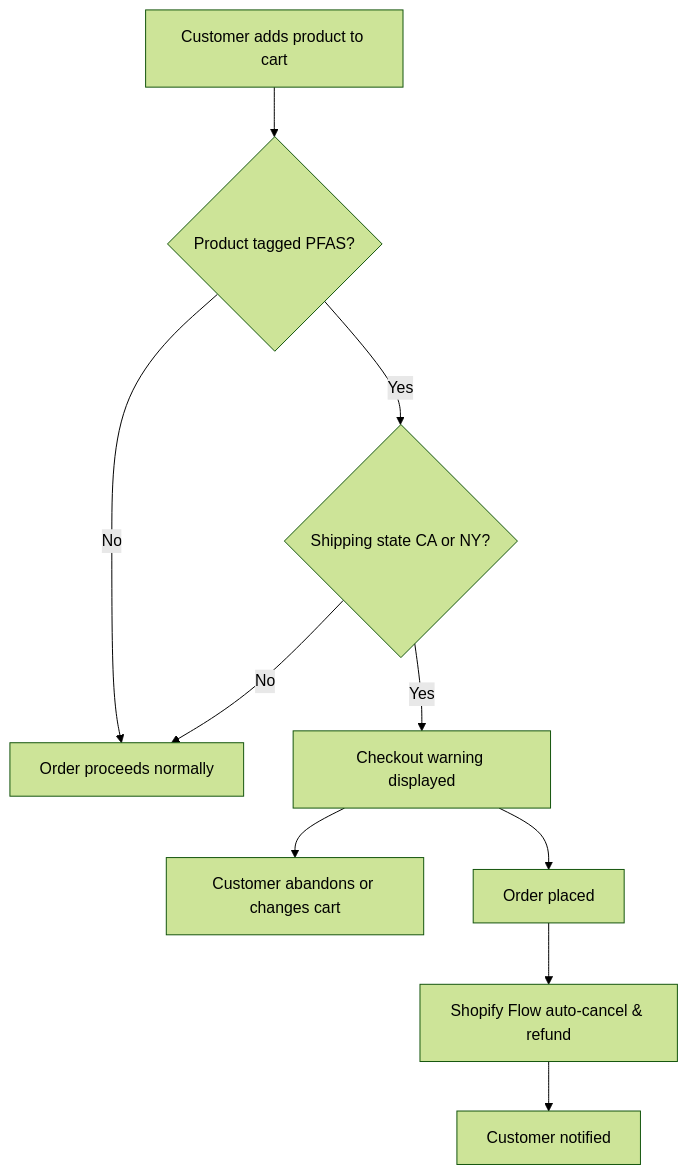
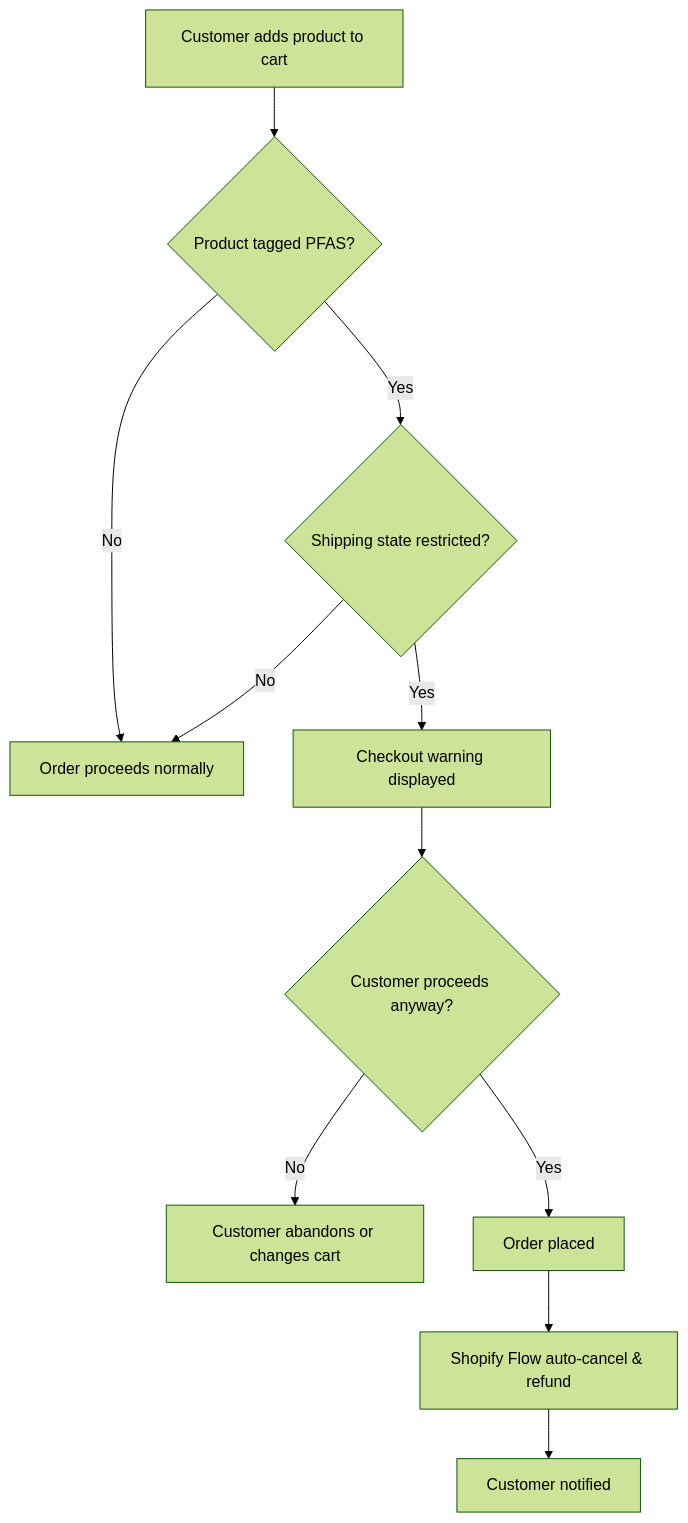
Before and after one commit to chasebarrett/pfas-checkout-guardrails: the diagram in README.md, drawn with Mermaid (forest theme). The commit also changed other lines of this file, not shown here.

````diff
--- a/README.md
+++ b/README.md
@@ -143,22 +154,24 @@
 ```mermaid
 flowchart TD
   A[Customer adds product to cart]
   B{Product tagged PFAS?}
-  C{Shipping state CA or NY?}
+  C{Shipping state restricted?}
   D[Checkout warning displayed]
+  X{Customer proceeds anyway?}
   E[Customer abandons or changes cart]
   F[Order placed]
   G[Shopify Flow auto-cancel & refund]
   H[Customer notified]
   I[Order proceeds normally]
 
   A --> B
   B -- No --> I
   B -- Yes --> C
   C -- No --> I
   C -- Yes --> D
-  D --> E
-  D --> F
+  D --> X
+  X -- No --> E
+  X -- Yes --> F
   F --> G
   G --> H
 ```
````
